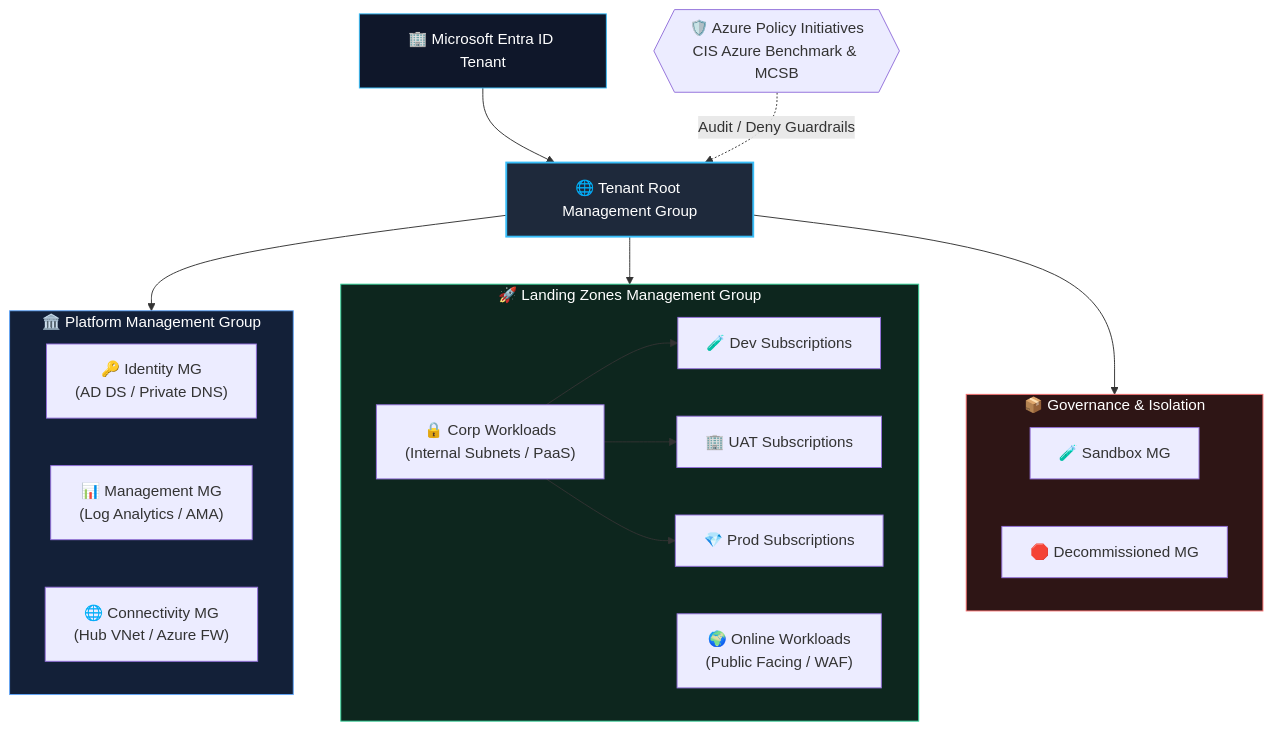
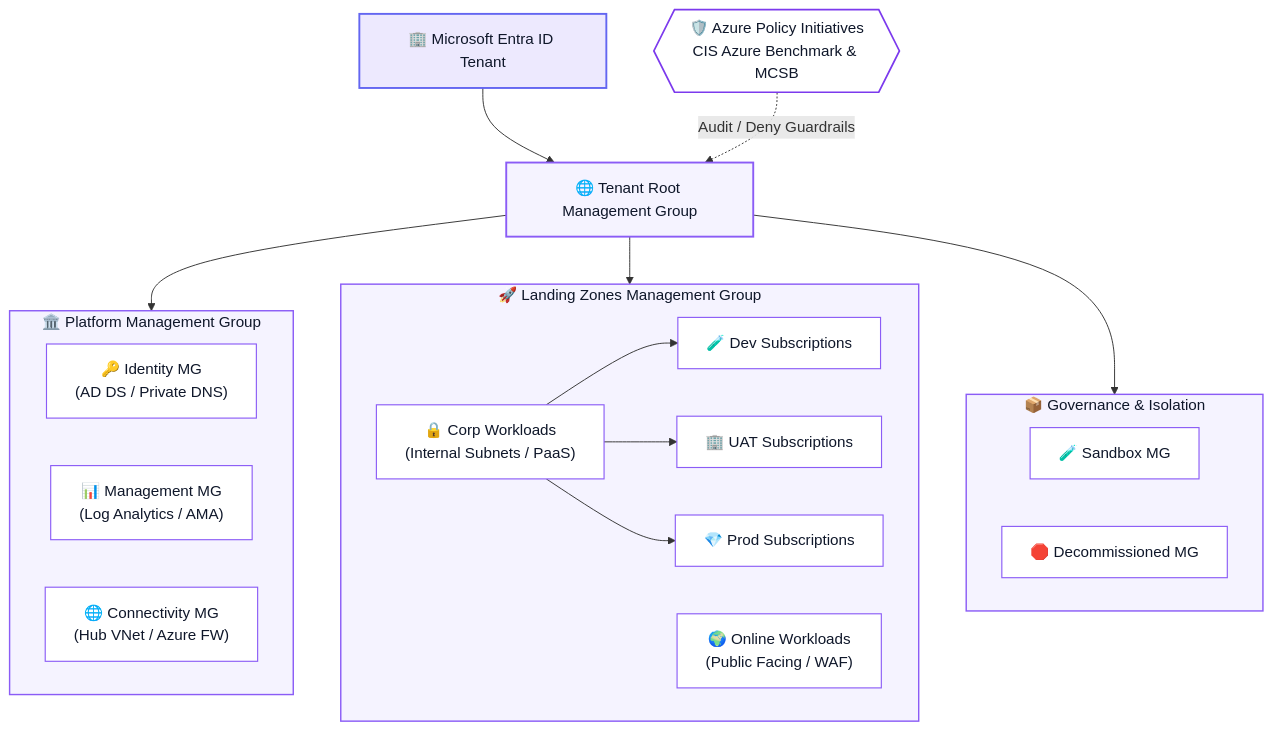
One commit to Ankitasingh-singh/Ankitasingh-singh changed the fourth of 10 diagrams in README.md. Above: the diagram before and after it, drawn with Mermaid. The commit also changed other lines of this file, not shown here.

````diff
--- a/README.md
+++ b/README.md
@@ -223,40 +275,52 @@
 ```mermaid
 flowchart TD
     Tenant["🏢 Microsoft Entra ID Tenant"]
     Root["🌐 Tenant Root Management Group"]
     Tenant --> Root
 
     subgraph PlatformGroup["🏛️ Platform Management Group"]
-        Identity["🔑 Identity MG\n(AD DS / Private DNS)"]
-        Management["📊 Management MG\n(Log Analytics / AMA)"]
-        Connectivity["🌐 Connectivity MG\n(Hub VNet / Azure FW)"]
+        Identity["🔑 Identity MG<br/>(AD DS / Private DNS)"]
+        Management["📊 Management MG<br/>(Log Analytics / AMA)"]
+        Connectivity["🌐 Connectivity MG<br/>(Hub VNet / Azure FW)"]
     end
 
     subgraph WorkloadGroup["🚀 Landing Zones Management Group"]
-        Corp["🔒 Corp Workloads\n(Internal Subnets / PaaS)"]
-        Online["🌍 Online Workloads\n(Public Facing / WAF)"]
+        Corp["🔒 Corp Workloads<br/>(Internal Subnets / PaaS)"]
+        Online["🌍 Online Workloads<br/>(Public Facing / WAF)"]
         DevSubs["🧪 Dev Subscriptions"]
         UatSubs["🏢 UAT Subscriptions"]
         ProdSubs["💎 Prod Subscriptions"]
         Corp --> DevSubs
         Corp --> UatSubs
         Corp --> ProdSubs
     end
 
     subgraph GovSandbox["📦 Governance & Isolation"]
         Sandbox["🧪 Sandbox MG"]
         Decom["🛑 Decommissioned MG"]
     end
 
     Root --> PlatformGroup
     Root --> WorkloadGroup
     Root --> GovSandbox
 
-    PolicyInitiatives{{"🛡️ Azure Policy Initiatives\nCIS Azure Benchmark & MCSB"}} -.->|"Audit / Deny Guardrails"| Root
+    PolicyInitiatives{{"🛡️ Azure Policy Initiatives<br/>CIS Azure Benchmark & MCSB"}} -.->|"Audit / Deny Guardrails"| Root
 
-    style Tenant fill:#0f172a,stroke:#38bdf8,stroke-width:1px,color:#fff
-    style Root fill:#1e293b,stroke:#38bdf8,stroke-width:2px,color:#fff
-    style PlatformGroup fill:#132038,stroke:#60a5fa,stroke-width:1px,color:#fff
-    style WorkloadGroup fill:#0d261e,stroke:#34d399,stroke-width:1px,color:#fff
-    style GovSandbox fill:#2e1515,stroke:#f87171,stroke-width:1px,color:#fff
+    style Tenant fill:#ede9fe,stroke:#6366f1,stroke-width:2px,color:#0f172a
+    style Root fill:#f5f3ff,stroke:#8b5cf6,stroke-width:2px,color:#0f172a
+    style PlatformGroup fill:#f5f3ff,stroke:#8b5cf6,stroke-width:1.5px,color:#0f172a
+    style WorkloadGroup fill:#f5f3ff,stroke:#8b5cf6,stroke-width:1.5px,color:#0f172a
+    style GovSandbox fill:#f5f3ff,stroke:#8b5cf6,stroke-width:1.5px,color:#0f172a
+
+    style Identity fill:#ffffff,stroke:#8b5cf6,stroke-width:1.2px,color:#0f172a
+    style Management fill:#ffffff,stroke:#8b5cf6,stroke-width:1.2px,color:#0f172a
+    style Connectivity fill:#ffffff,stroke:#8b5cf6,stroke-width:1.2px,color:#0f172a
+    style Corp fill:#ffffff,stroke:#8b5cf6,stroke-width:1.2px,color:#0f172a
+    style Online fill:#ffffff,stroke:#8b5cf6,stroke-width:1.2px,color:#0f172a
+    style DevSubs fill:#ffffff,stroke:#8b5cf6,stroke-width:1.2px,color:#0f172a
+    style UatSubs fill:#ffffff,stroke:#8b5cf6,stroke-width:1.2px,color:#0f172a
+    style ProdSubs fill:#ffffff,stroke:#8b5cf6,stroke-width:1.2px,color:#0f172a
+    style Sandbox fill:#ffffff,stroke:#8b5cf6,stroke-width:1.2px,color:#0f172a
+    style Decom fill:#ffffff,stroke:#8b5cf6,stroke-width:1.2px,color:#0f172a
+    style PolicyInitiatives fill:#ffffff,stroke:#7c3aed,stroke-width:1.8px,color:#0f172a
 ```
````
